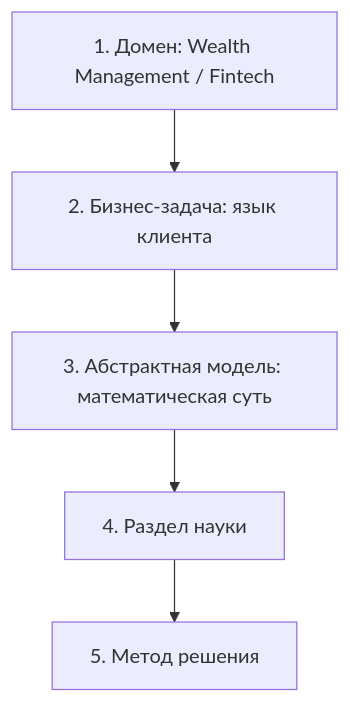
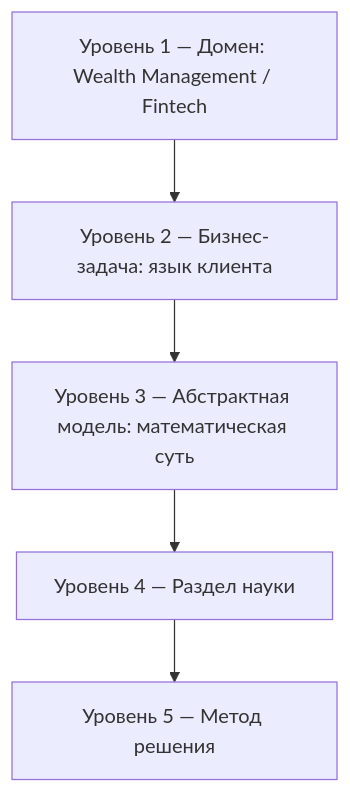
The second of 3 diagrams in publications/public/2026-07-14-banking-agent-task-classification-ru.md (evgeniy-borisov/vairl), drawn with Mermaid before and after one commit. The commit also changed 3 other files, not shown here.

First line of the commit message:
Починить mermaid-схемы: убрать «N.» в началах меток узлов и subgraph.

````diff
--- a/publications/public/2026-07-14-banking-agent-task-classification-ru.md
+++ b/publications/public/2026-07-14-banking-agent-task-classification-ru.md
@@ -82,9 +82,9 @@
 ```mermaid
 flowchart TB
-  D["1. Домен: Wealth Management / Fintech"]
-  P["2. Бизнес-задача: язык клиента"]
-  A["3. Абстрактная модель: математическая суть"]
-  S["4. Раздел науки"]
-  M["5. Метод решения"]
+  D["Уровень 1 — Домен: Wealth Management / Fintech"]
+  P["Уровень 2 — Бизнес-задача: язык клиента"]
+  A["Уровень 3 — Абстрактная модель: математическая суть"]
+  S["Уровень 4 — Раздел науки"]
+  M["Уровень 5 — Метод решения"]
   D --> P --> A --> S --> M
 ```
````
